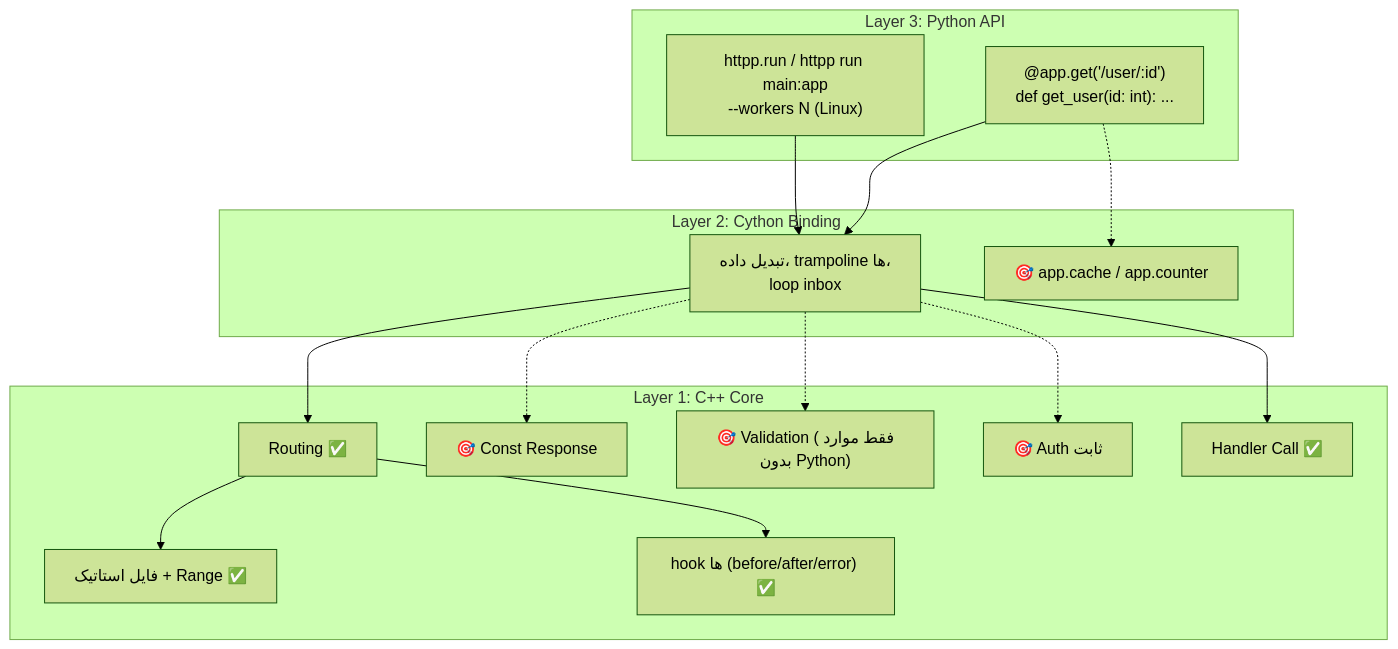
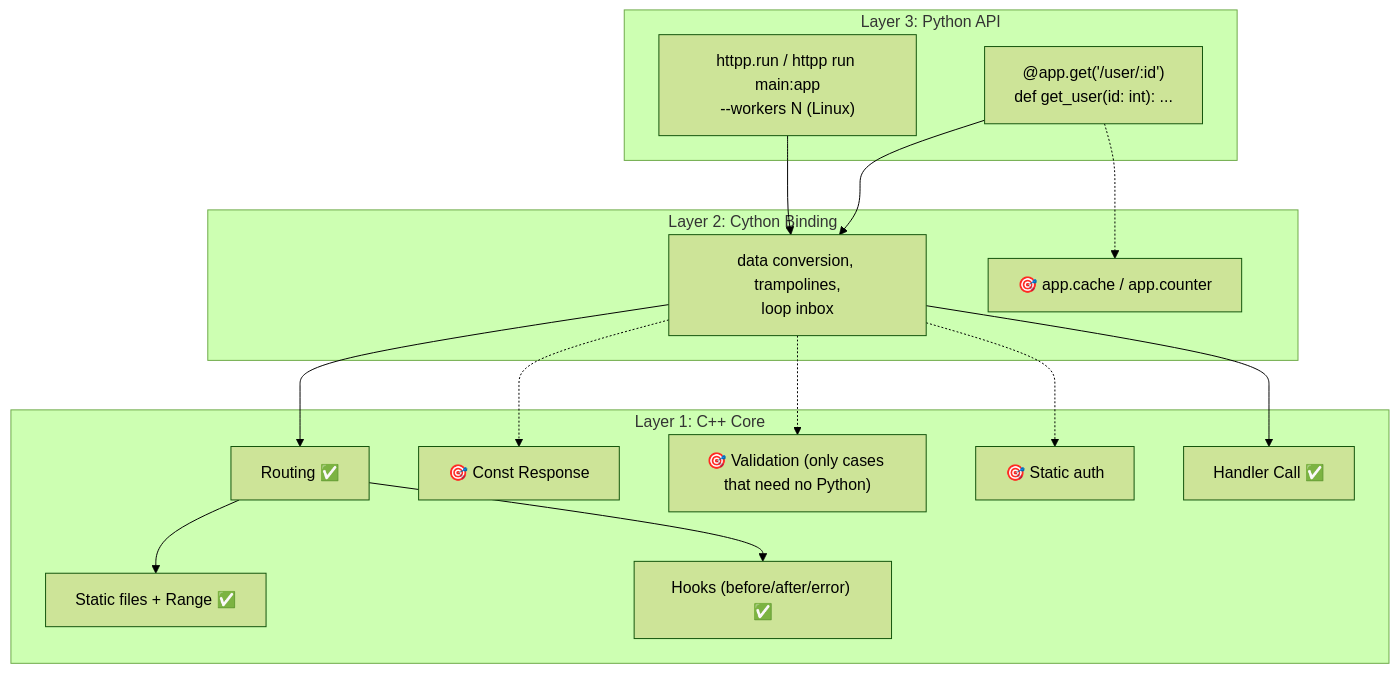
Before and after one commit to MohammadRaziei/httpp: the third of 6 diagrams in docs/Architecture.md, drawn with Mermaid (forest theme). The commit also changed other lines of this file and 49 other files, not shown here.

````diff
--- a/docs/Architecture.md
+++ b/docs/Architecture.md
@@ -116,33 +117,33 @@
 ```mermaid
 graph TB
     subgraph "Layer 3: Python API"
         API["@app.get('/user/:id')<br/>def get_user(id: int): ..."]
         RUN["httpp.run / httpp run main:app<br/>--workers N (Linux)"]
     end
 
     subgraph "Layer 2: Cython Binding"
-        PROXY["تبدیل داده، trampoline ها،<br/>loop inbox"]
+        PROXY["data conversion, trampolines,<br/>loop inbox"]
         CACHE["🎯 app.cache / app.counter"]
     end
 
     subgraph "Layer 1: C++ Core"
         ROUTE["Routing ✅"]
-        STATIC["فایل استاتیک + Range ✅"]
-        HOOKS["hook ها (before/after/error) ✅"]
+        STATIC["Static files + Range ✅"]
+        HOOKS["Hooks (before/after/error) ✅"]
         CONST["🎯 Const Response"]
-        VALID["🎯 Validation (فقط موارد بدون Python)"]
-        AUTH["🎯 Auth ثابت"]
+        VALID["🎯 Validation (only cases that need no Python)"]
+        AUTH["🎯 Static auth"]
         HANDLER["Handler Call ✅"]
     end
 
     API --> PROXY
     RUN --> PROXY
     API -.-> CACHE
     PROXY --> ROUTE
     PROXY --> HANDLER
     ROUTE --> STATIC
     ROUTE --> HOOKS
     PROXY -.-> CONST
     PROXY -.-> VALID
     PROXY -.-> AUTH
 ```
````
